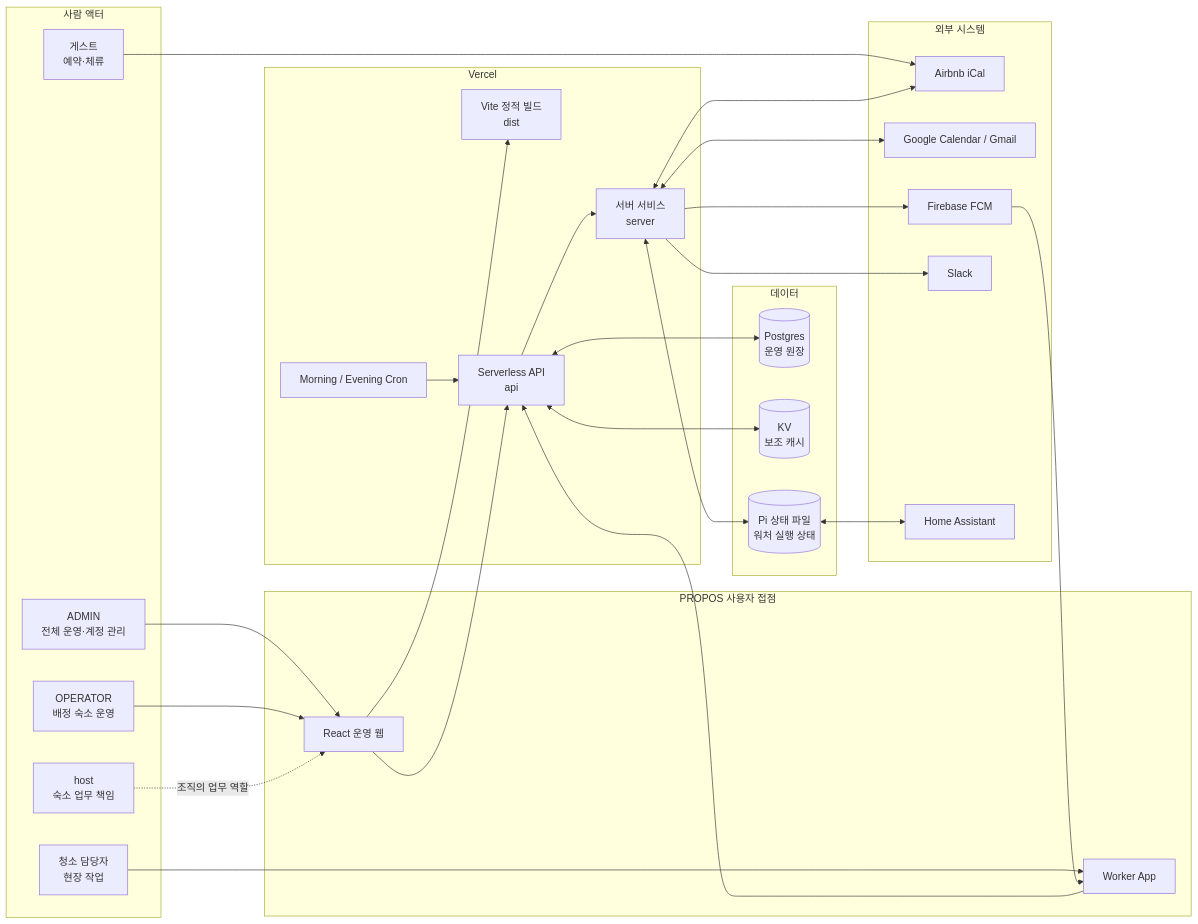
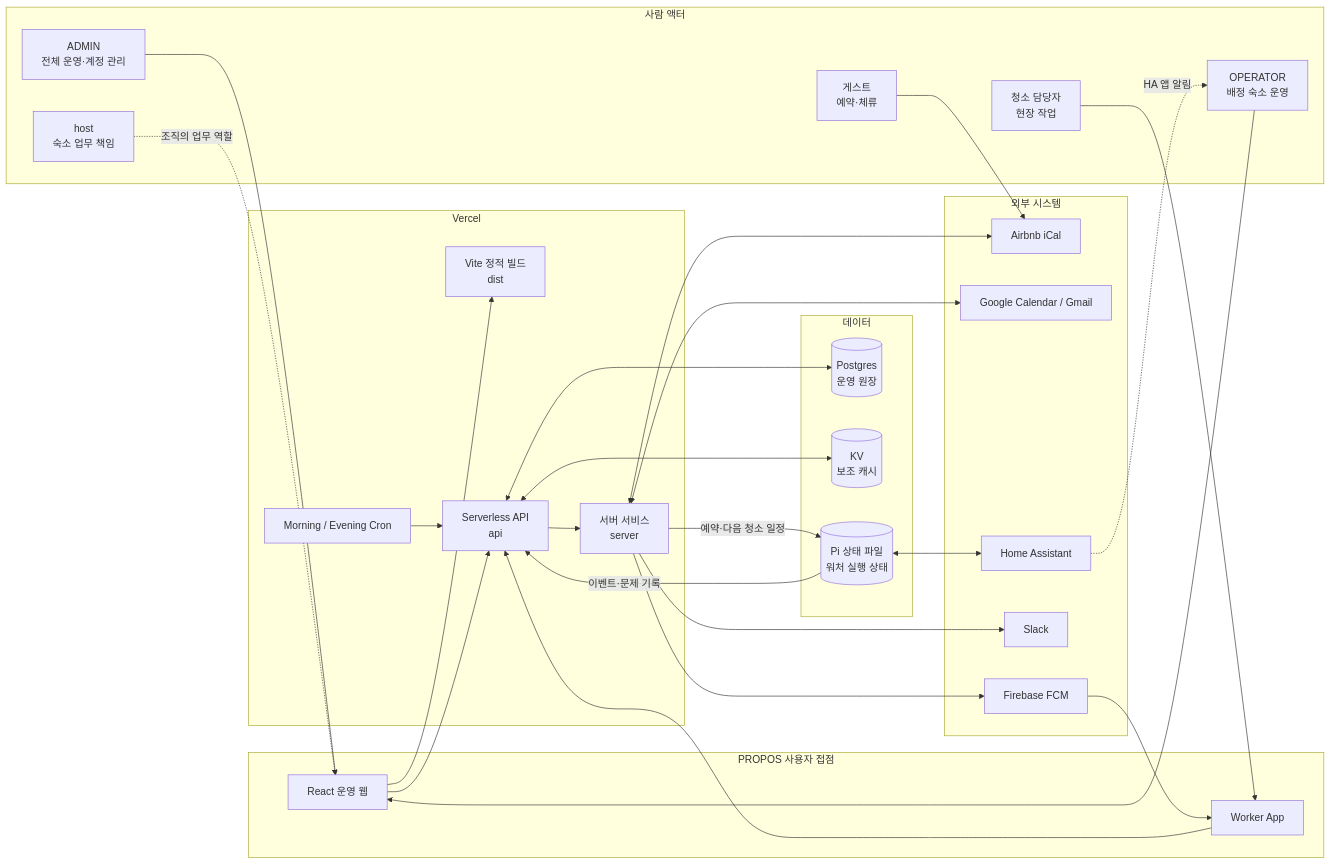
The first of 4 diagrams in design_overview.md (adckang/propos), drawn with Mermaid before and after one commit. The commit also changed other lines of this file and 5 other files, not shown here.

First line of the commit message:
docs: add the big flows added since 11-17 to the integrated docs (SM-20..29)

````diff
--- a/design_overview.md
+++ b/design_overview.md
@@ -83,56 +83,58 @@
 ```mermaid
 flowchart LR
     subgraph People[사람 액터]
         ADMIN[ADMIN<br/>전체 운영·계정 관리]
         OPERATOR[OPERATOR<br/>배정 숙소 운영]
         HOST[host<br/>숙소 업무 책임]
         CLEANER[청소 담당자<br/>현장 작업]
         GUEST[게스트<br/>예약·체류]
     end
 
     subgraph Clients[PROPOS 사용자 접점]
         WEB[React 운영 웹]
         WORKER[Worker App]
     end
 
     subgraph Vercel[Vercel]
         STATIC[Vite 정적 빌드<br/>dist]
         API[Serverless API<br/>api]
         SERVICES[서버 서비스<br/>server]
         CRON[Morning / Evening Cron]
     end
 
     subgraph Data[데이터]
         PG[(Postgres<br/>운영 원장)]
         KV[(KV<br/>보조 캐시)]
         PI[(Pi 상태 파일<br/>워처 실행 상태)]
     end
 
     subgraph External[외부 시스템]
         ICAL[Airbnb iCal]
         GOOGLE[Google Calendar / Gmail]
         FCM[Firebase FCM]
         SLACK[Slack]
         HA[Home Assistant]
     end
 
     ADMIN --> WEB
     OPERATOR --> WEB
     HOST -. 조직의 업무 역할 .-> WEB
     CLEANER --> WORKER
     GUEST --> ICAL
     WEB --> STATIC
     WEB --> API
     WORKER --> API
     FCM --> WORKER
     CRON --> API
     API --> SERVICES
     API <--> PG
     API <--> KV
     SERVICES <--> ICAL
     SERVICES <--> GOOGLE
     SERVICES --> FCM
     SERVICES --> SLACK
-    SERVICES <--> PI
+    SERVICES -- 예약·다음 청소 일정 --> PI
+    PI -- 이벤트·문제 기록 --> API
     PI <--> HA
+    HA -. HA 앱 알림 .-> OPERATOR
 ```
````
